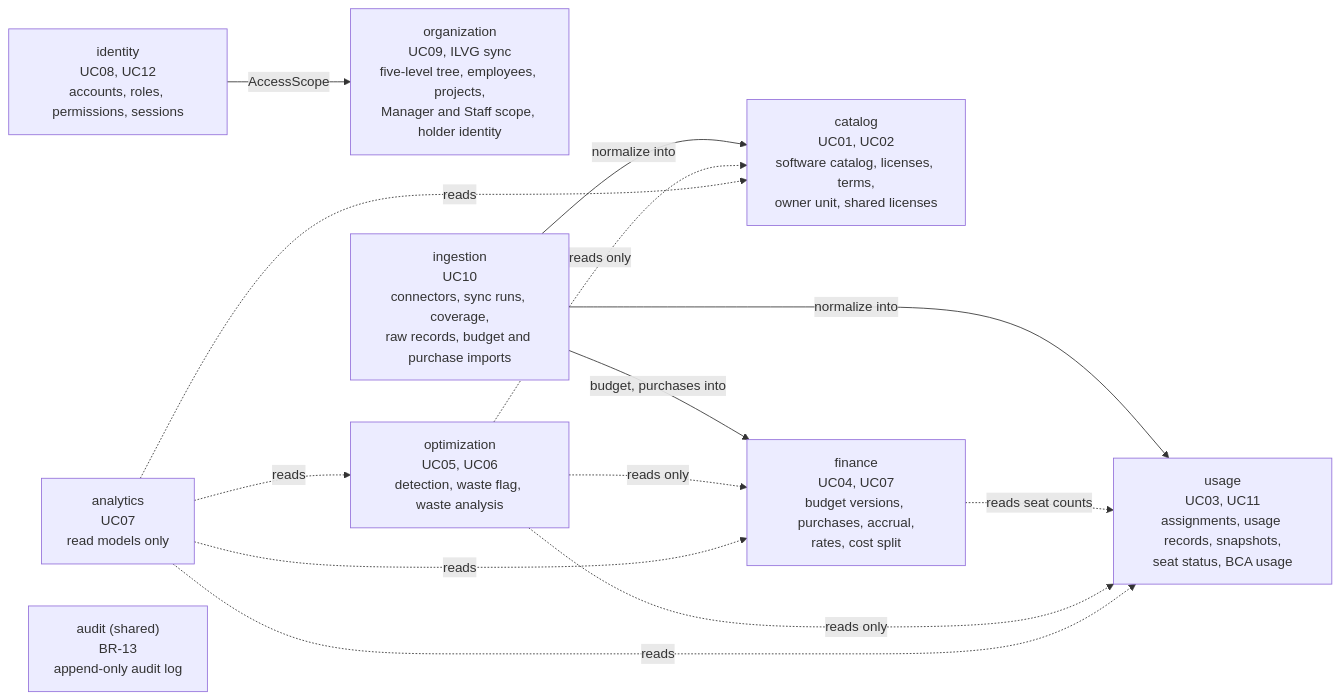
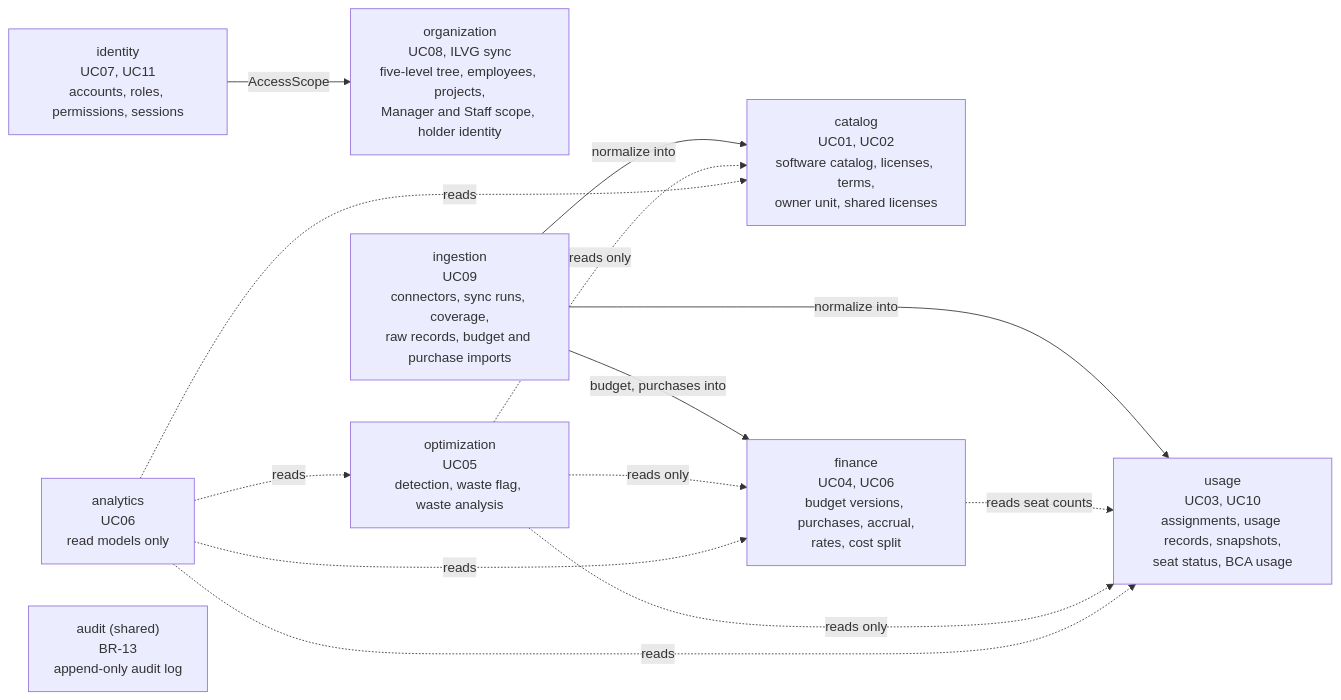
One commit to cuonglpv/VFast changed the fourth of 7 diagrams in docs/07-c4-architecture.md. Above: the diagram before and after it, drawn with Mermaid. The commit also changed other lines of this file and 15 other files, not shown here.

First line of the commit message:
docs: merge waste detection and ranking into UC05 Track License Waste

````diff
--- a/docs/07-c4-architecture.md
+++ b/docs/07-c4-architecture.md
@@ -226,25 +226,25 @@
 ```mermaid
 flowchart LR
-    identity["identity<br/>UC08, UC12<br/>accounts, roles, permissions, sessions"]
-    organization["organization<br/>UC09, ILVG sync<br/>five-level tree, employees, projects,<br/>Manager and Staff scope, holder identity"]
+    identity["identity<br/>UC07, UC11<br/>accounts, roles, permissions, sessions"]
+    organization["organization<br/>UC08, ILVG sync<br/>five-level tree, employees, projects,<br/>Manager and Staff scope, holder identity"]
     catalog["catalog<br/>UC01, UC02<br/>software catalog, licenses, terms,<br/>owner unit, shared licenses"]
-    ingestion["ingestion<br/>UC10<br/>connectors, sync runs, coverage,<br/>raw records, budget and purchase imports"]
-    usage["usage<br/>UC03, UC11<br/>assignments, usage records, snapshots,<br/>seat status, BCA usage"]
-    finance["finance<br/>UC04, UC07<br/>budget versions, purchases, accrual,<br/>rates, cost split"]
-    optimization["optimization<br/>UC05, UC06<br/>detection, waste flag, waste analysis"]
-    analytics["analytics<br/>UC07<br/>read models only"]
+    ingestion["ingestion<br/>UC09<br/>connectors, sync runs, coverage,<br/>raw records, budget and purchase imports"]
+    usage["usage<br/>UC03, UC10<br/>assignments, usage records, snapshots,<br/>seat status, BCA usage"]
+    finance["finance<br/>UC04, UC06<br/>budget versions, purchases, accrual,<br/>rates, cost split"]
+    optimization["optimization<br/>UC05<br/>detection, waste flag, waste analysis"]
+    analytics["analytics<br/>UC06<br/>read models only"]
     audit["audit (shared)<br/>BR-13<br/>append-only audit log"]
 
     ingestion -- "normalize into" --> catalog
     ingestion -- "normalize into" --> usage
     ingestion -- "budget, purchases into" --> finance
     finance -. "reads seat counts" .-> usage
     optimization -. "reads only" .-> usage
     optimization -. "reads only" .-> finance
     optimization -. "reads only" .-> catalog
     analytics -. "reads" .-> optimization
     analytics -. "reads" .-> finance
     analytics -. "reads" .-> usage
     analytics -. "reads" .-> catalog
     identity -- "AccessScope" --> organization
 ```
````
